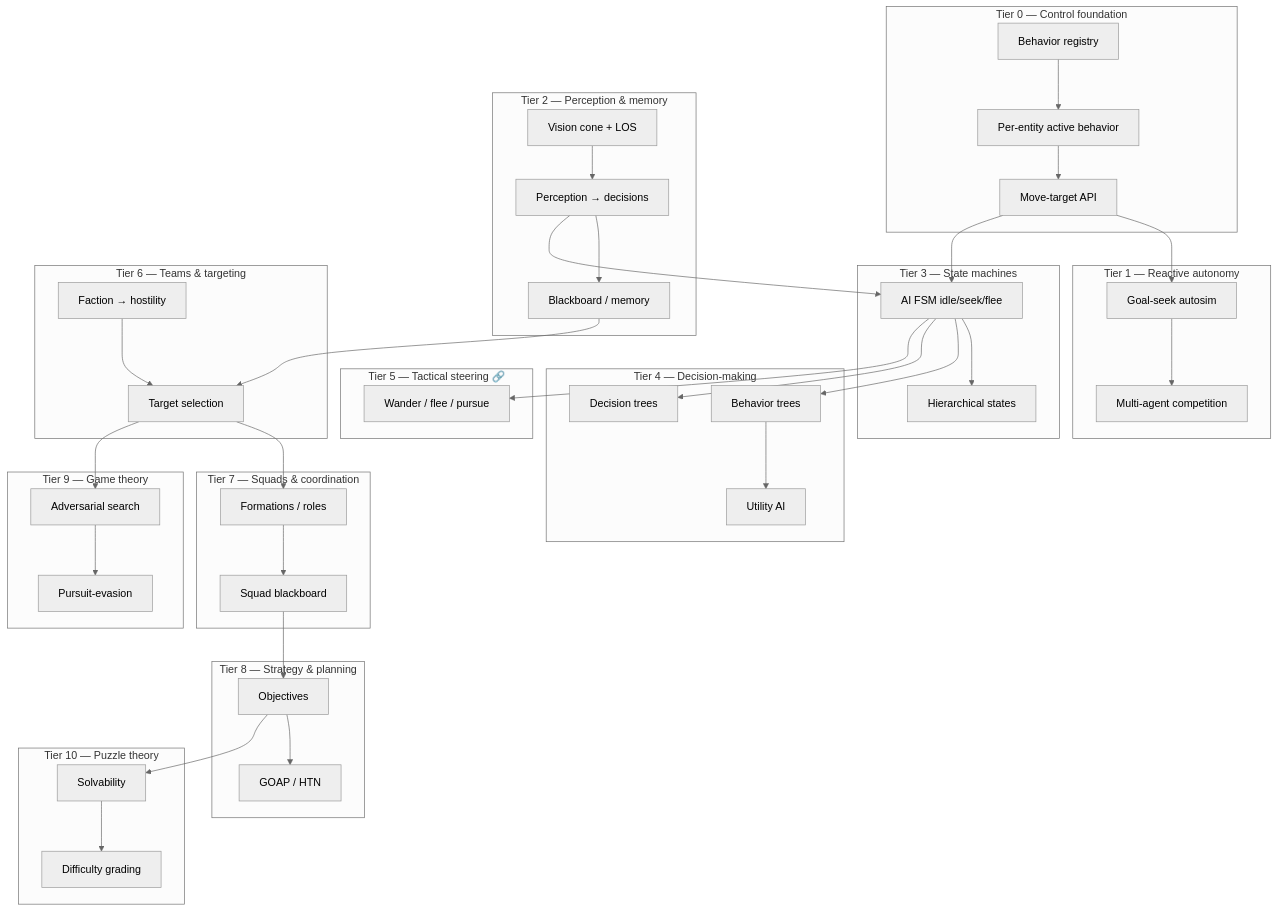
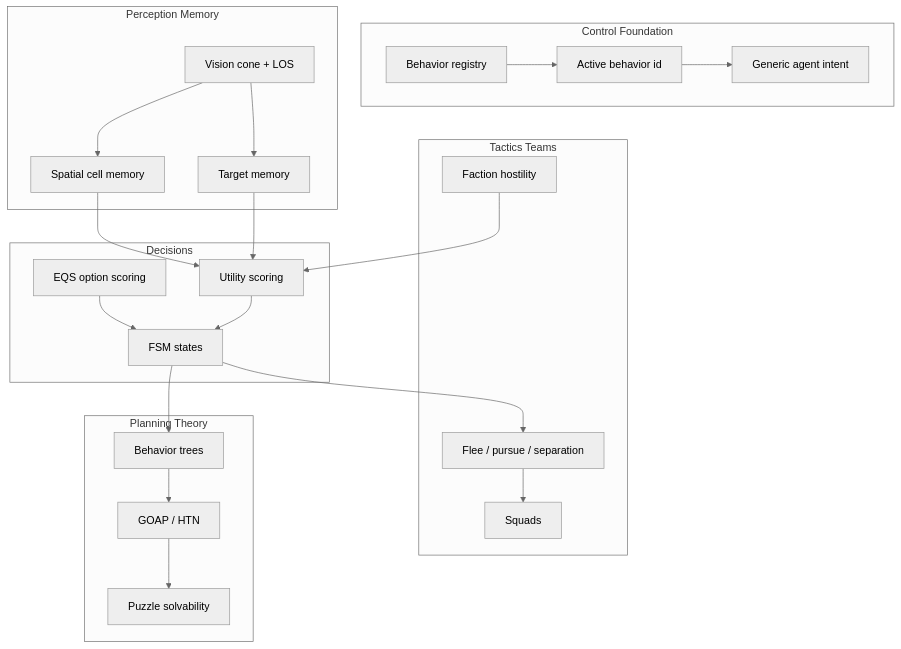
Before and after one commit to mistercatface/tower: the diagram in Plans/AI.md, drawn with Mermaid (neutral theme). The commit also changed other lines of this file and 10 other files, not shown here.

````diff
--- a/Plans/AI.md
+++ b/Plans/AI.md
@@ -40,61 +35,46 @@
 ```mermaid
 flowchart TB
-    subgraph T0["Tier 0 — Control foundation"]
-        A0[Behavior registry]
-        A1[Per-entity active behavior]
-        A2[Move-target API]
-    end
-    subgraph T1["Tier 1 — Reactive autonomy"]
-        B0[Goal-seek autosim]
-        B1[Multi-agent competition]
-    end
-    subgraph T2["Tier 2 — Perception & memory"]
-        C0[Vision cone + LOS]
-        C1[Perception → decisions]
-        C2[Blackboard / memory]
-    end
-    subgraph T3["Tier 3 — State machines"]
-        D0[AI FSM idle/seek/flee]
-        D1[Hierarchical states]
-    end
-    subgraph T4["Tier 4 — Decision-making"]
-        E0[Decision trees]
-        E1[Behavior trees]
-        E2[Utility AI]
-    end
-    subgraph T5["Tier 5 — Tactical steering 🔗"]
-        F0[Wander / flee / pursue]
-    end
-    subgraph T6["Tier 6 — Teams & targeting"]
-        G0[Faction → hostility]
-        G1[Target selection]
-    end
-    subgraph T7["Tier 7 — Squads & coordination"]
-        H0[Formations / roles]
-        H1[Squad blackboard]
-    end
-    subgraph T8["Tier 8 — Strategy & planning"]
-        I0[Objectives]
-        I1[GOAP / HTN]
-    end
-    subgraph T9["Tier 9 — Game theory"]
-        J0[Adversarial search]
-        J1[Pursuit-evasion]
-    end
-    subgraph T10["Tier 10 — Puzzle theory"]
-        K0[Solvability]
-        K1[Difficulty grading]
+    subgraph t0 [Control Foundation]
+        behavior["Behavior registry"]
+        active["Active behavior id"]
+        intent["Generic agent intent"]
     end
 
-    A0 --> A1 --> A2 --> B0 --> B1
-    C0 --> C1 --> C2
-    A2 --> D0
-    C1 --> D0 --> D1
-    D0 --> E1 & E0
-    E1 --> E2
-    D0 --> F0
-    C2 --> G1
-    G0 --> G1 --> H0 --> H1 --> I0 --> I1
-    G1 --> J0 --> J1
-    I0 --> K0 --> K1
+    subgraph t1 [Perception Memory]
+        vision["Vision cone + LOS"]
+        spatial["Spatial cell memory"]
+        target["Target memory"]
+    end
+
+    subgraph t2 [Decisions]
+        fsm["FSM states"]
+        utility["Utility scoring"]
+        eqs["EQS option scoring"]
+    end
+
+    subgraph t3 [Tactics Teams]
+        steering["Flee / pursue / separation"]
+        factions["Faction hostility"]
+        squads["Squads"]
+    end
+
+    subgraph t4 [Planning Theory]
+        bt["Behavior trees"]
+        goap["GOAP / HTN"]
+        solver["Puzzle solvability"]
+    end
+
+    behavior --> active --> intent
+    vision --> spatial
+    vision --> target
+    spatial --> utility
+    target --> utility
+    eqs --> fsm
+    utility --> fsm
+    fsm --> steering
+    factions --> utility
+    steering --> squads
+    fsm --> bt
+    bt --> goap
+    goap --> solver
 ```
````
